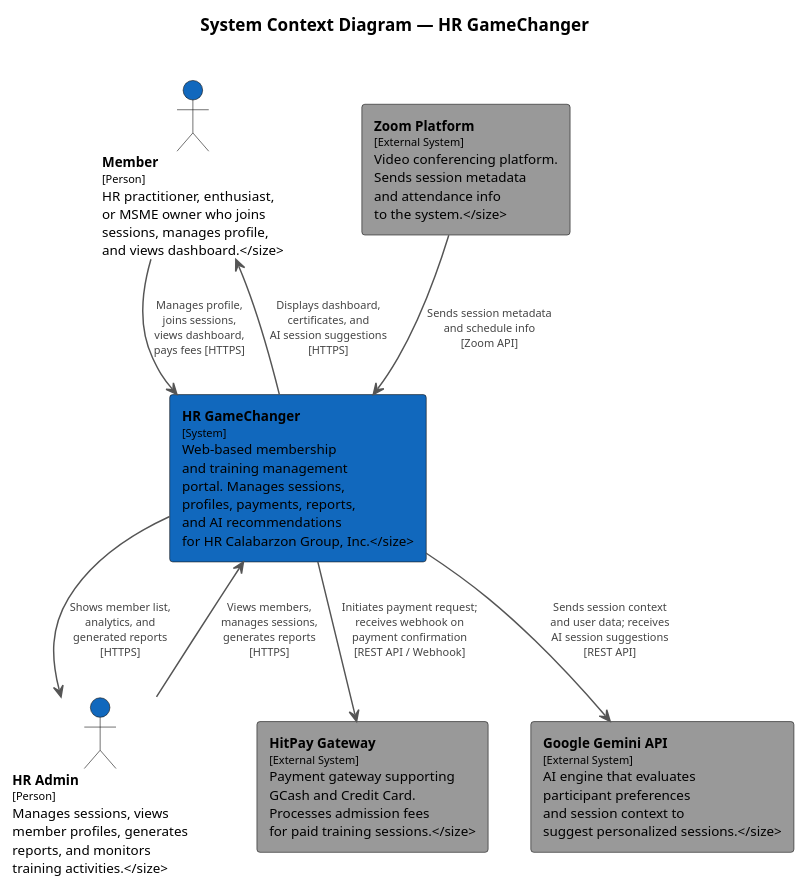
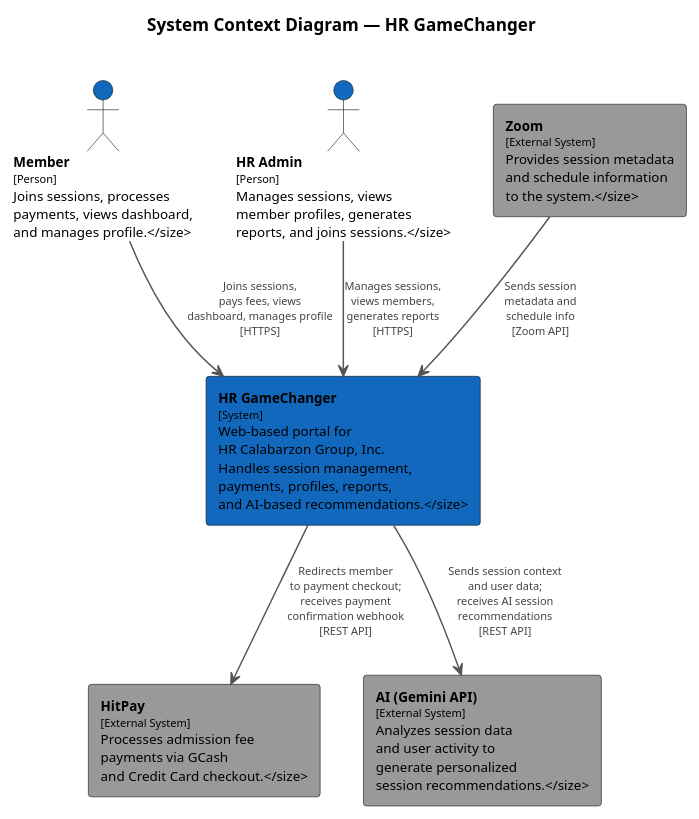
The diagram in docs/MSYADD1/C4 Diagram/SystemDiagram.puml (APC-SoCIT/APC-2026-2027-T1-SF241-Grp4-GameChanger-Web-Application-AI-Assisted-Membership-), drawn with PlantUML before and after one commit.

Commit message:
Refine System Context Diagram for HR GameChanger
Updated the System Context Diagram for HR GameChanger, refining actor descriptions and system interactions.

```diff
--- a/docs/MSYADD1/C4 Diagram/SystemDiagram.puml
+++ b/docs/MSYADD1/C4 Diagram/SystemDiagram.puml
@@ -1,43 +1,40 @@
 @startuml
 
 skinparam backgroundColor #FFFFFF
 skinparam defaultFontName Arial
 skinparam defaultFontSize 11
 skinparam ArrowColor #555555
 skinparam ArrowThickness 1.2
 skinparam ArrowFontSize 9
 skinparam ArrowFontColor #444444
+skinparam shadowing false
 
 title <b>System Context Diagram — HR GameChanger</b>\n
 
 ' ── PEOPLE ──
-actor "**Member**\n<size:9>[Person]\nHR practitioner, enthusiast,\nor MSME owner who joins\nsessions, manages profile,\nand views dashboard.</size>" as MEM #1168BD
+actor "**Member**\n<size:9>[Person]\nJoins sessions, processes\npayments, views dashboard,\nand manages profile.</size>" as MEM #1168BD
 
-actor "**HR Admin**\n<size:9>[Person]\nManages sessions, views\nmember profiles, generates\nreports, and monitors\ntraining activities.</size>" as HR #1168BD
+actor "**HR Admin**\n<size:9>[Person]\nManages sessions, views\nmember profiles, generates\nreports, and joins sessions.</size>" as HR #1168BD
 
 ' ── MAIN SYSTEM ──
-rectangle "**HR GameChanger**\n<size:9>[System]\nWeb-based membership\nand training management\nportal. Manages sessions,\nprofiles, payments, reports,\nand AI recommendations\nfor HR Calabarzon Group, Inc.</size>" as GC #1168BD
+rectangle "**HR GameChanger**\n<size:9>[System]\nWeb-based portal for\nHR Calabarzon Group, Inc.\nHandles session management,\npayments, profiles, reports,\nand AI-based recommendations.</size>" as GC #1168BD
 
 ' ── EXTERNAL SYSTEMS ──
-rectangle "**Zoom Platform**\n<size:9>[External System]\nVideo conferencing platform.\nSends session metadata\nand attendance info\nto the system.</size>" as ZOOM #999999
+rectangle "**Zoom**\n<size:9>[External System]\nProvides session metadata\nand schedule information\nto the system.</size>" as ZOOM #999999
 
-rectangle "**HitPay Gateway**\n<size:9>[External System]\nPayment gateway supporting\nGCash and Credit Card.\nProcesses admission fees\nfor paid training sessions.</size>" as HP #999999
+rectangle "**HitPay**\n<size:9>[External System]\nProcesses admission fee\npayments via GCash\nand Credit Card checkout.</size>" as HP #999999
 
-rectangle "**Google Gemini API**\n<size:9>[External System]\nAI engine that evaluates\nparticipant preferences\nand session context to\nsuggest personalized sessions.</size>" as GEM #999999
+rectangle "**AI (Gemini API)**\n<size:9>[External System]\nAnalyzes session data\nand user activity to\ngenerate personalized\nsession recommendations.</size>" as GEM #999999
 
 ' ── RELATIONSHIPS ──
-MEM --> GC : "Manages profile,\njoins sessions,\nviews dashboard,\npays fees [HTTPS]"
+MEM --> GC : "Joins sessions,\npays fees, views\ndashboard, manages profile\n[HTTPS]"
 
-HR --> GC : "Views members,\nmanages sessions,\ngenerates reports\n[HTTPS]"
+HR --> GC : "Manages sessions,\nviews members,\ngenerates reports\n[HTTPS]"
 
-GC --> MEM : "Displays dashboard,\ncertificates, and\nAI session suggestions\n[HTTPS]"
+ZOOM --> GC : "Sends session\nmetadata and\nschedule info\n[Zoom API]"
 
-GC --> HR : "Shows member list,\nanalytics, and\ngenerated reports\n[HTTPS]"
+GC --> HP : "Redirects member\nto payment checkout;\nreceives payment\nconfirmation webhook\n[REST API]"
 
-ZOOM --> GC : "Sends session metadata\nand schedule info\n[Zoom API]"
-
-GC --> HP : "Initiates payment request;\nreceives webhook on\npayment confirmation\n[REST API / Webhook]"
-
-GC --> GEM : "Sends session context\nand user data; receives\nAI session suggestions\n[REST API]"
+GC --> GEM : "Sends session context\nand user data;\nreceives AI session\nrecommendations\n[REST API]"
 
 @enduml
```
